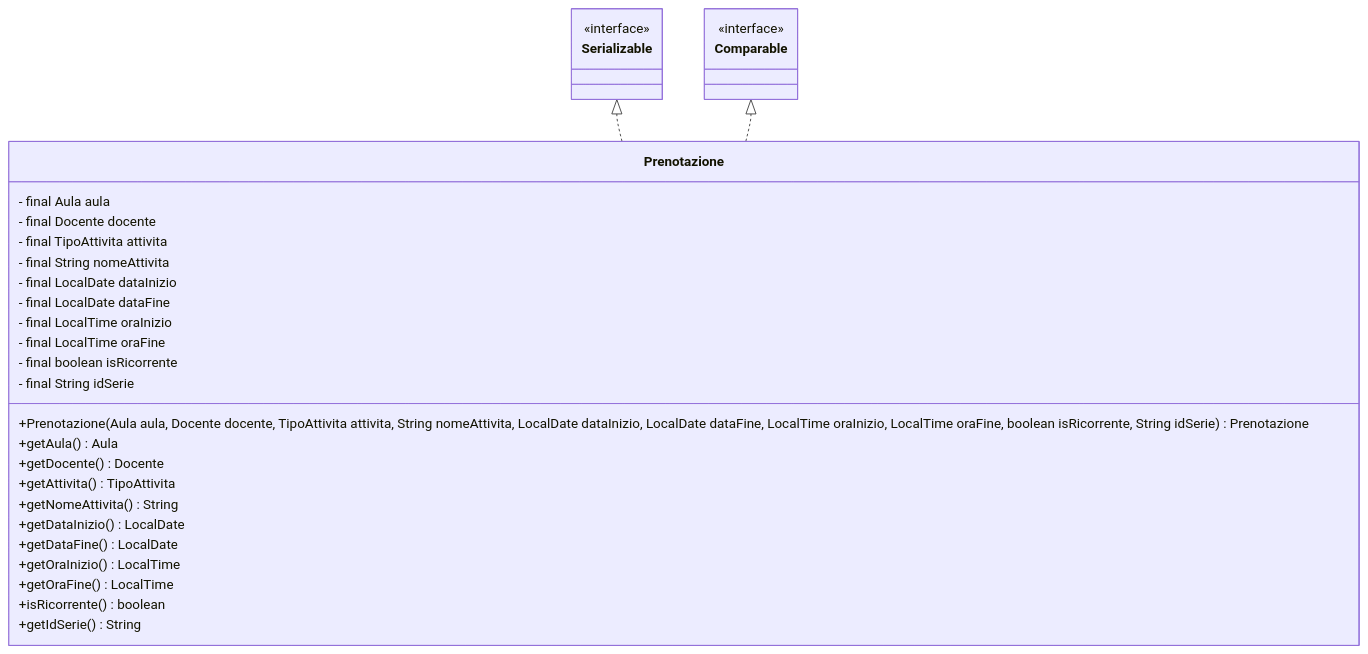
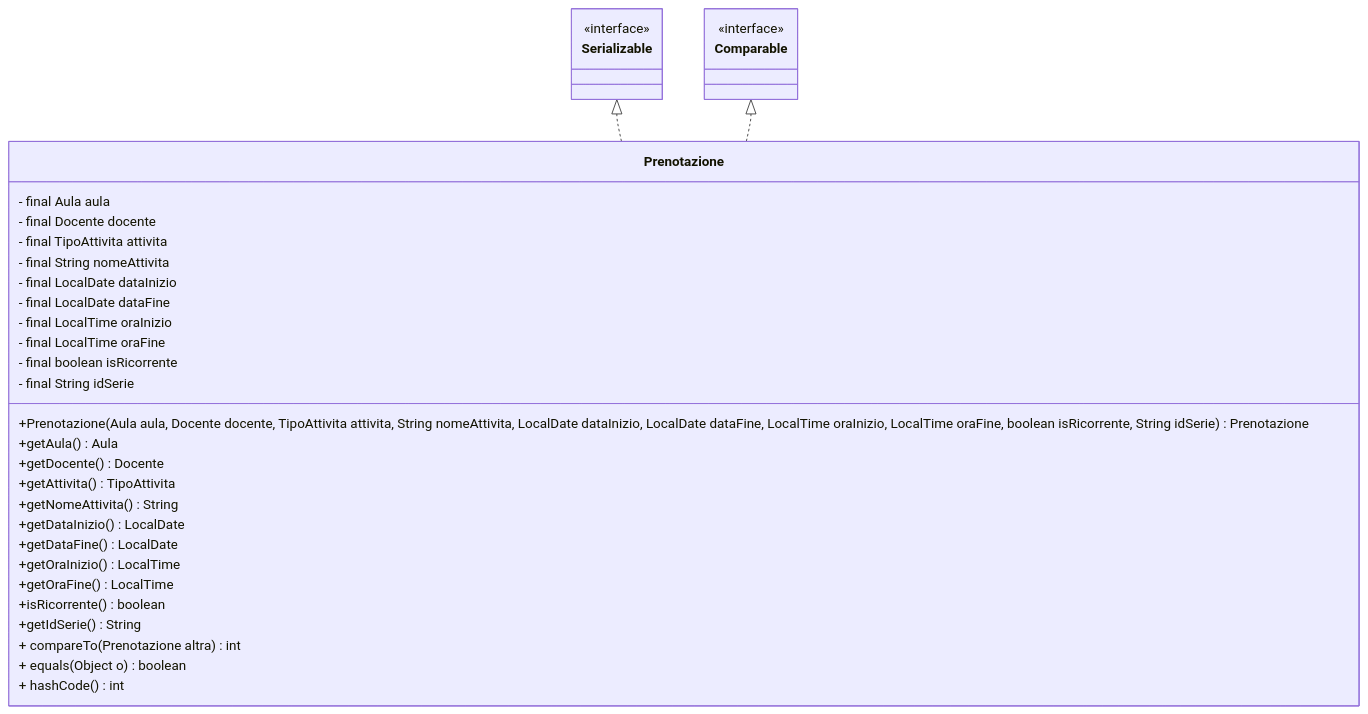
One commit to gcarbone48/PrenotazioneAule5 changed the diagram in diagrams/prenotazioneClassDiagram.md. Above: the diagram before and after it, drawn with Mermaid. The commit also changed 2 other files, not shown here.

Commit message:
FEAT: aggiunta hashCode, compareTo, equals

````diff
--- a/diagrams/prenotazioneClassDiagram.md
+++ b/diagrams/prenotazioneClassDiagram.md
@@ -1,44 +1,49 @@
 ```mermaid
 classDiagram
 
     class Serializable {
              <<interface>>
     }
     class Comparable {
              <<interface>>
     }
 
     Serializable <|.. Prenotazione
     Comparable <|.. Prenotazione
 
 
  class Prenotazione{
         - final Aula aula
         - final Docente docente
         - final TipoAttivita attivita
         - final String nomeAttivita
         - final LocalDate dataInizio
         - final LocalDate dataFine
         - final LocalTime oraInizio
         - final LocalTime oraFine
         - final boolean isRicorrente
         - final String idSerie 
         %% codice interno x controlli nostri
         
         %%Costruttore 
         +Prenotazione(Aula aula, Docente docente, TipoAttivita attivita, String nomeAttivita, LocalDate dataInizio, LocalDate dataFine, LocalTime oraInizio, LocalTime oraFine, boolean isRicorrente, String idSerie) Prenotazione
         +getAula() Aula
         +getDocente() Docente
         +getAttivita() TipoAttivita
         +getNomeAttivita() String
         +getDataInizio() LocalDate
         +getDataFine() LocalDate
         +getOraInizio() LocalTime
         +getOraFine() LocalTime
         +isRicorrente() boolean
         +getIdSerie() String
 
+
+        + compareTo(Prenotazione altra) int
+        + equals(Object o) boolean
+        + hashCode() int
+
         
 
     }
 ```
````
